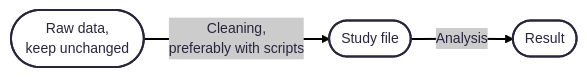
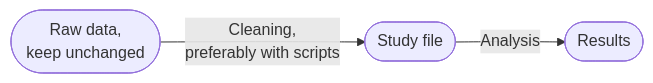
One commit to lundqvistr/manual_medfak_research_data changed the diagram in losa_ideer.md. Above: the diagram before and after it, drawn with Mermaid. The commit also changed other lines of this file, not shown here.

````diff
--- a/losa_ideer.md
+++ b/losa_ideer.md
@@ -22,12 +22,12 @@
 ```mermaid
 ---
 config:
-      theme: redux
+      theme: default
 ---
 flowchart LR
         A(["Raw data, 
         keep unchanged"])
         A --> |Cleaning, 
         preferably with scripts|B(["Study file"])
-        B --> |Analysis|C(["Result"])     
+        B --> |Analysis|C(["Results"])     
 ```
````
